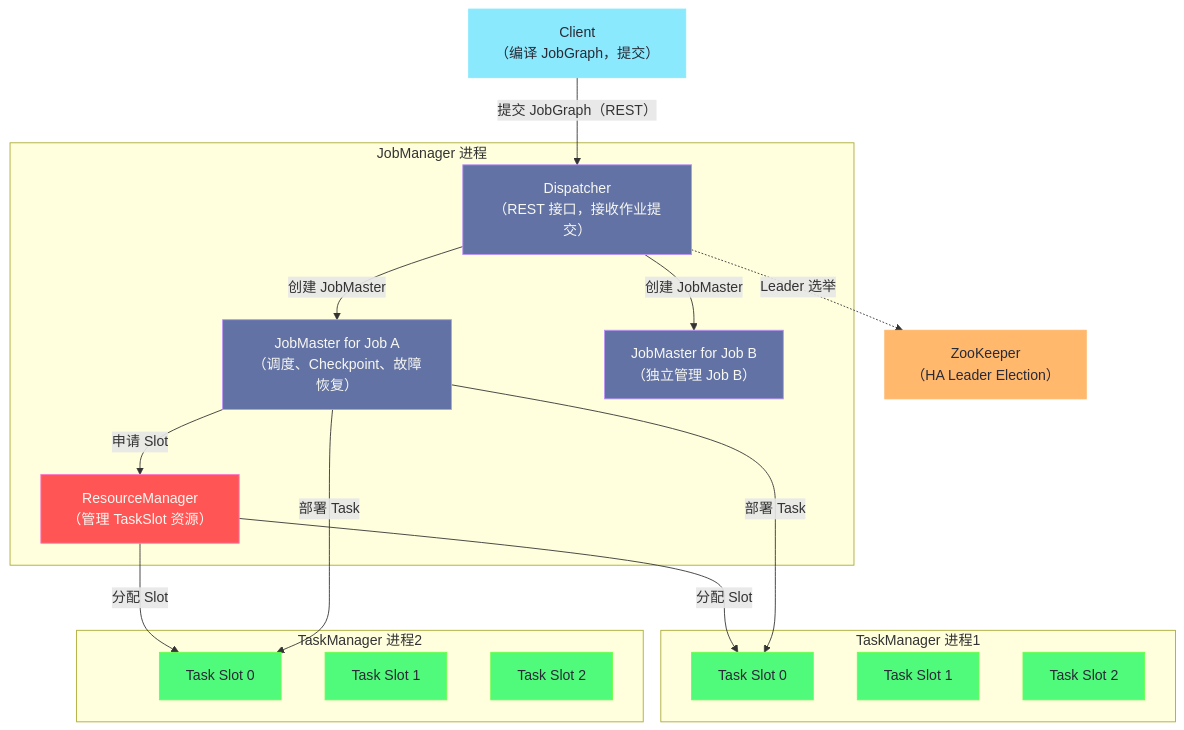
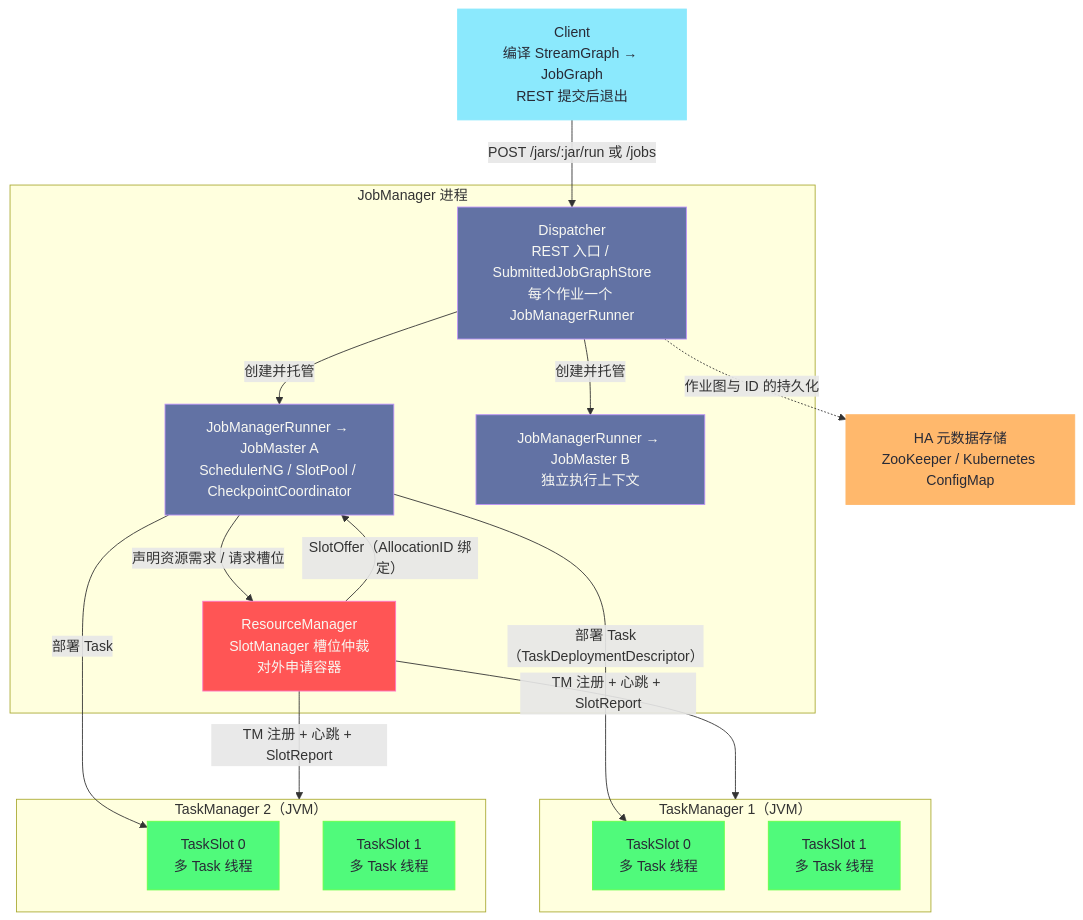
One commit to hpliStartAgain/my-brain changed the first of 4 diagrams in content/大数据/Flink/Flink原理深度解析与性能优化/01 Flink 架构总览：JobManager、TaskManager 与执行模型.md. Above: the diagram before and after it, drawn with Mermaid. The commit also changed other lines of this file and 455 other files, not shown here.

````diff
--- a/content/大数据/Flink/Flink原理深度解析与性能优化/01 Flink 架构总览：JobManager、TaskManager 与执行模型.md
+++ b/content/大数据/Flink/Flink原理深度解析与性能优化/01 Flink 架构总览：JobManager、TaskManager 与执行模型.md
@@ -57,42 +41,41 @@
 ```mermaid
 %%{init: {'theme': 'dracula'}}%%
 graph TD
     classDef client fill:#8be9fd,stroke:#8be9fd,color:#282a36
     classDef jm fill:#6272a4,stroke:#bd93f9,color:#f8f8f2
     classDef tm fill:#50fa7b,stroke:#69ff47,color:#282a36
     classDef rm fill:#ff5555,stroke:#ff79c6,color:#f8f8f2
-    classDef storage fill:#ffb86c,stroke:#ffb86c,color:#282a36
+    classDef store fill:#ffb86c,stroke:#ffb86c,color:#282a36
 
-    Client["Client</br>（编译 JobGraph，提交）"]:::client
+    Client["Client<br/>编译 StreamGraph → JobGraph<br/>REST 提交后退出"]:::client
 
-    subgraph "JobManager 进程"
-        Dispatcher["Dispatcher</br>（REST 接口，接收作业提交）"]:::jm
-        RM["ResourceManager</br>（管理 TaskSlot 资源）"]:::rm
-        JM1["JobMaster for Job A</br>（调度、Checkpoint、故障恢复）"]:::jm
-        JM2["JobMaster for Job B</br>（独立管理 Job B）"]:::jm
+    subgraph JMProc["JobManager 进程"]
+        D["Dispatcher<br/>REST 入口 / SubmittedJobGraphStore<br/>每个作业一个 JobManagerRunner"]:::jm
+        RM["ResourceManager<br/>SlotManager 槽位仲裁<br/>对外申请容器"]:::rm
+        R1["JobManagerRunner → JobMaster A<br/>SchedulerNG / SlotPool / CheckpointCoordinator"]:::jm
+        R2["JobManagerRunner → JobMaster B<br/>独立执行上下文"]:::jm
     end
 
-    subgraph "TaskManager 进程1"
-        Slot11["Task Slot 0"]:::tm
-        Slot12["Task Slot 1"]:::tm
-        Slot13["Task Slot 2"]:::tm
+    subgraph TM1["TaskManager 1（JVM）"]
+        S11["TaskSlot 0<br/>多 Task 线程"]:::tm
+        S12["TaskSlot 1<br/>多 Task 线程"]:::tm
     end
 
-    subgraph "TaskManager 进程2"
-        Slot21["Task Slot 0"]:::tm
-        Slot22["Task Slot 1"]:::tm
-        Slot23["Task Slot 2"]:::tm
+    subgraph TM2["TaskManager 2（JVM）"]
+        S21["TaskSlot 0<br/>多 Task 线程"]:::tm
+        S22["TaskSlot 1<br/>多 Task 线程"]:::tm
     end
 
-    ZK["ZooKeeper</br>（HA Leader Election）"]:::storage
+    HA["HA 元数据存储<br/>ZooKeeper / Kubernetes ConfigMap"]:::store
 
-    Client -->|"提交 JobGraph（REST）"| Dispatcher
-    Dispatcher -->|"创建 JobMaster"| JM1
-    Dispatcher -->|"创建 JobMaster"| JM2
-    JM1 -->|"申请 Slot"| RM
-    RM -->|"分配 Slot"| Slot11
-    RM -->|"分配 Slot"| Slot21
-    JM1 -->|"部署 Task"| Slot11
-    JM1 -->|"部署 Task"| Slot21
-    Dispatcher -.->|"Leader 选举"| ZK
+    Client -->|"POST /jars/:jar/run 或 /jobs"| D
+    D -->|"创建并托管"| R1
+    D -->|"创建并托管"| R2
+    R1 -->|"声明资源需求 / 请求槽位"| RM
+    RM -->|"SlotOffer（AllocationID 绑定）"| R1
+    R1 -->|"部署 Task（TaskDeploymentDescriptor）"| S11
+    R1 -->|"部署 Task"| S21
+    RM -->|"TM 注册 + 心跳 + SlotReport"| TM1
+    RM -->|"TM 注册 + 心跳 + SlotReport"| TM2
+    D -.->|"作业图与 ID 的持久化"| HA
 ```
````
